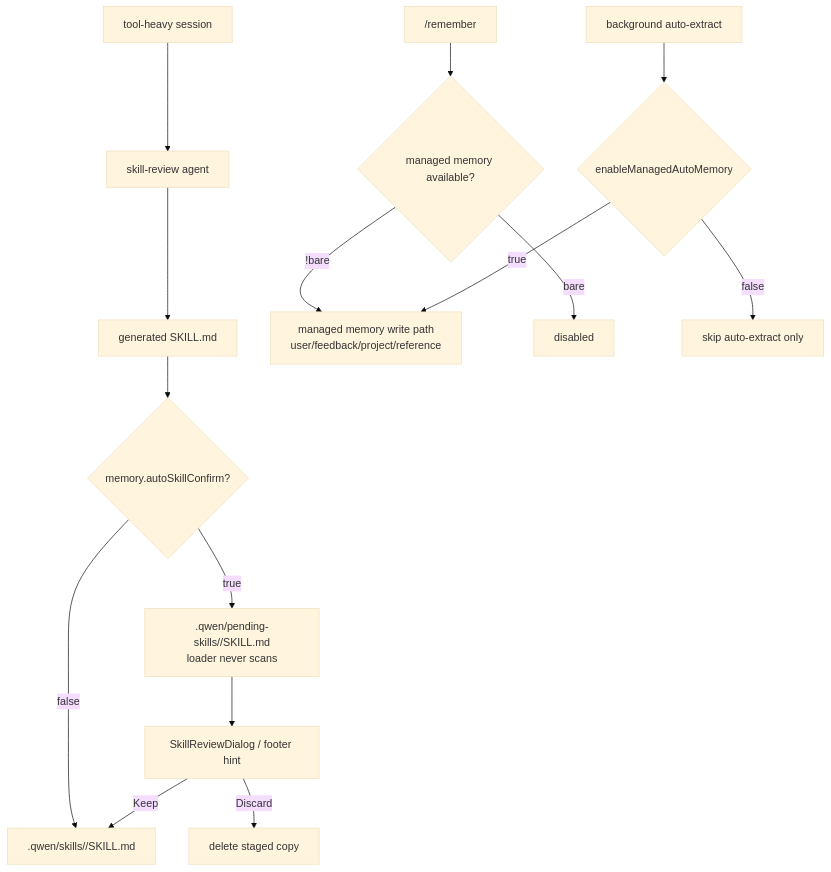
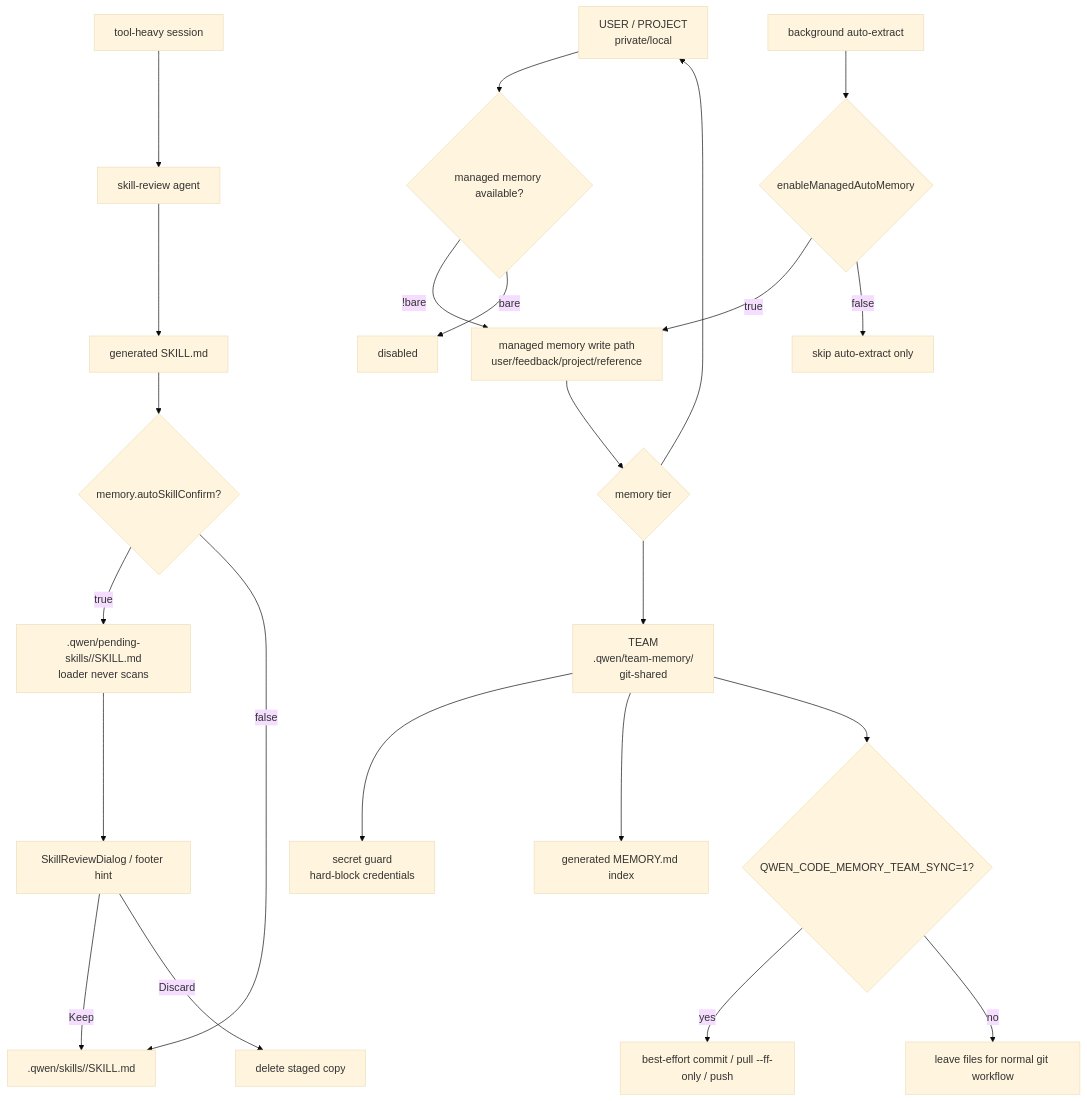
One commit to doudouOUC/code_agent changed the diagram in qwen-code/feature/managed-memory.md. Above: the diagram before and after it, drawn with Mermaid (base theme). The commit also changed other lines of this file and 13 other files, not shown here.

Commit message:
docs: Update qwen-code feature PR coverage

````diff
--- a/qwen-code/feature/managed-memory.md
+++ b/qwen-code/feature/managed-memory.md
@@ -25,18 +26,26 @@
 ```mermaid
 flowchart TB
   TOOL["tool-heavy session"] --> REVIEW["skill-review agent"]
   REVIEW --> GEN["generated SKILL.md"]
   GEN --> CONF{"memory.autoSkillConfirm?"}
   CONF -->|true| PENDING[".qwen/pending-skills/<name>/SKILL.md<br/>loader never scans"]
   CONF -->|false| LIVE[".qwen/skills/<name>/SKILL.md"]
   PENDING --> UI["SkillReviewDialog / footer hint"]
   UI -->|Keep| LIVE
   UI -->|Discard| DROP["delete staged copy"]
 
   USER["/remember"] --> MANUAL{"managed memory available?"}
   MANUAL -->|!bare| MEM["managed memory write path<br/>user/feedback/project/reference"]
   MANUAL -->|bare| DISABLED["disabled"]
   AUTO["background auto-extract"] --> AUTOFLAG{"enableManagedAutoMemory"}
   AUTOFLAG -->|true| MEM
   AUTOFLAG -->|false| NOAUTO["skip auto-extract only"]
+  MEM --> TIER{"memory tier"}
+  TIER --> USER["USER / PROJECT<br/>private/local"]
+  TIER --> TEAM["TEAM<br/>.qwen/team-memory/<br/>git-shared"]
+  TEAM --> GUARD["secret guard<br/>hard-block credentials"]
+  TEAM --> INDEX["generated MEMORY.md index"]
+  TEAM --> SYNC{"QWEN_CODE_MEMORY_TEAM_SYNC=1?"}
+  SYNC -->|yes| GIT["best-effort commit / pull --ff-only / push"]
+  SYNC -->|no| LOCAL["leave files for normal git workflow"]
 ```
````
